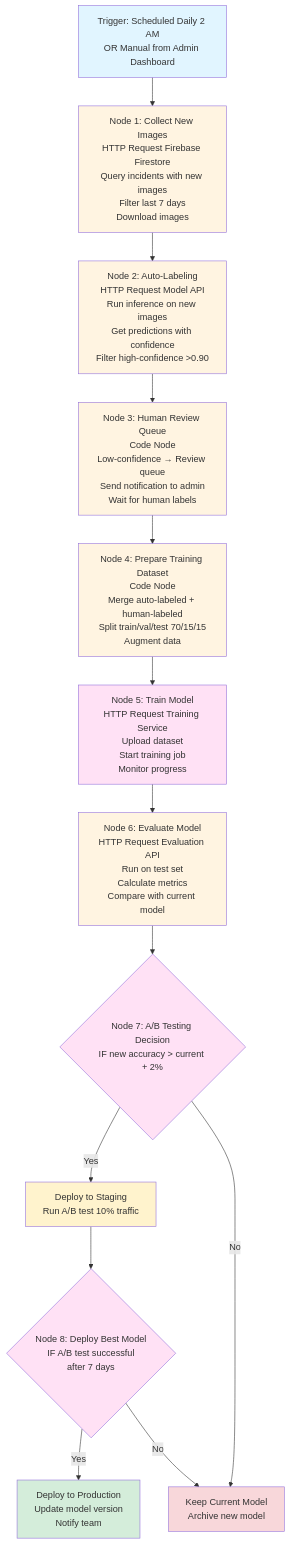
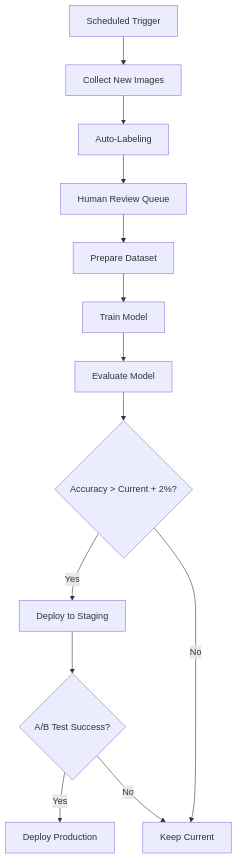
One commit to nvtank/AI_Assistant_DN changed the third of 3 diagrams in docs/future/01-n8n-AI-Workflow-Diagram.md. Above: the diagram before and after it, drawn with Mermaid. The commit also changed other lines of this file and 3 other files, not shown here.

````diff
--- a/docs/future/01-n8n-AI-Workflow-Diagram.md
+++ b/docs/future/01-n8n-AI-Workflow-Diagram.md
@@ -201,28 +164,15 @@
 ```mermaid
 flowchart TD
-    Start[Trigger: Scheduled Daily 2 AM<br/>OR Manual from Admin Dashboard] --> N1[Node 1: Collect New Images<br/>HTTP Request Firebase Firestore<br/>Query incidents with new images<br/>Filter last 7 days<br/>Download images]
-    N1 --> N2[Node 2: Auto-Labeling<br/>HTTP Request Model API<br/>Run inference on new images<br/>Get predictions with confidence<br/>Filter high-confidence >0.90]
-    N2 --> N3[Node 3: Human Review Queue<br/>Code Node<br/>Low-confidence → Review queue<br/>Send notification to admin<br/>Wait for human labels]
-    N3 --> N4[Node 4: Prepare Training Dataset<br/>Code Node<br/>Merge auto-labeled + human-labeled<br/>Split train/val/test 70/15/15<br/>Augment data]
-    N4 --> N5[Node 5: Train Model<br/>HTTP Request Training Service<br/>Upload dataset<br/>Start training job<br/>Monitor progress]
-    N5 --> N6[Node 6: Evaluate Model<br/>HTTP Request Evaluation API<br/>Run on test set<br/>Calculate metrics<br/>Compare with current model]
-    N6 --> N7{Node 7: A/B Testing Decision<br/>IF new accuracy > current + 2%}
-    N7 -->|Yes| DeployStaging[Deploy to Staging<br/>Run A/B test 10% traffic]
-    N7 -->|No| KeepCurrent[Keep Current Model<br/>Archive new model]
-    DeployStaging --> N8{Node 8: Deploy Best Model<br/>IF A/B test successful<br/>after 7 days}
-    N8 -->|Yes| DeployProd[Deploy to Production<br/>Update model version<br/>Notify team]
+    Start[Scheduled Trigger] --> N1[Collect New Images]
+    N1 --> N2[Auto-Labeling]
+    N2 --> N3[Human Review Queue]
+    N3 --> N4[Prepare Dataset]
+    N4 --> N5[Train Model]
+    N5 --> N6[Evaluate Model]
+    N6 --> N7{Accuracy > Current + 2%?}
+    N7 -->|Yes| DeployStaging[Deploy to Staging]
+    N7 -->|No| KeepCurrent[Keep Current]
+    DeployStaging --> N8{A/B Test Success?}
+    N8 -->|Yes| DeployProd[Deploy Production]
     N8 -->|No| KeepCurrent
-    
-    style Start fill:#e1f5ff
-    style N1 fill:#fff4e1
-    style N2 fill:#fff4e1
-    style N3 fill:#fff4e1
-    style N4 fill:#fff4e1
-    style N5 fill:#ffe1f5
-    style N6 fill:#fff4e1
-    style N7 fill:#ffe1f5
-    style DeployStaging fill:#fff3cd
-    style N8 fill:#ffe1f5
-    style DeployProd fill:#d4edda
-    style KeepCurrent fill:#f8d7da
 ```
````
